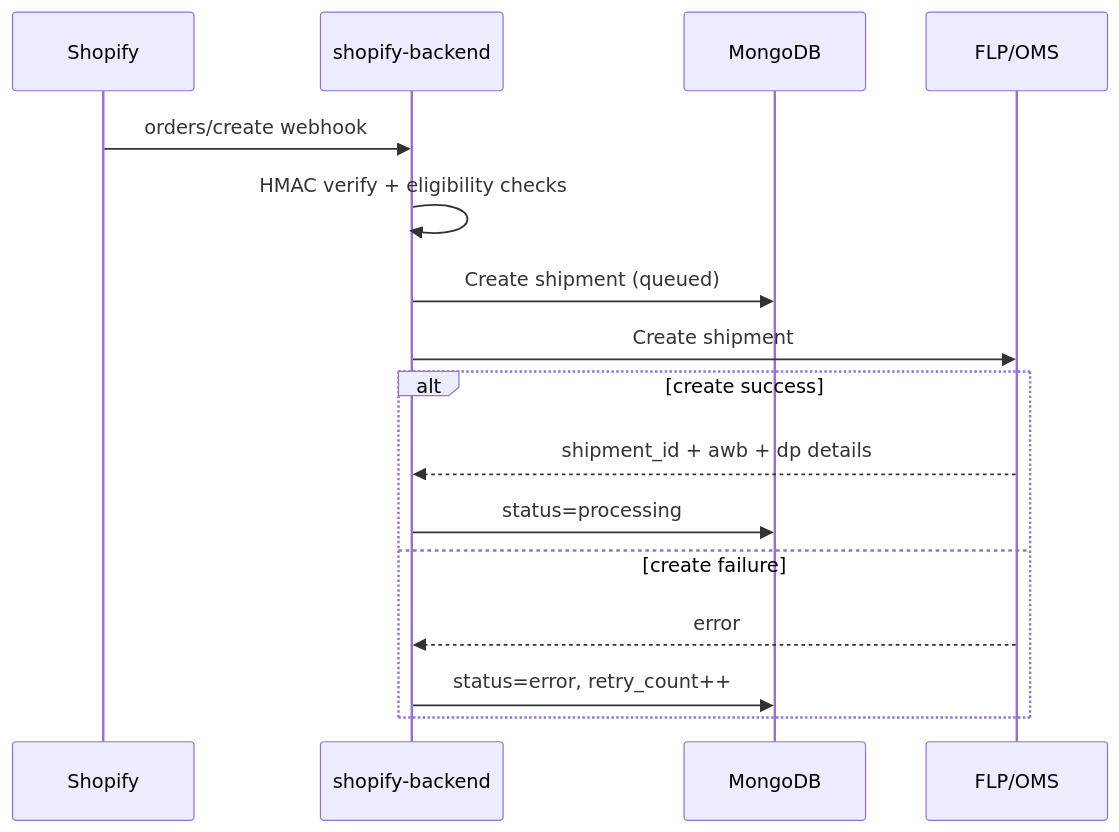
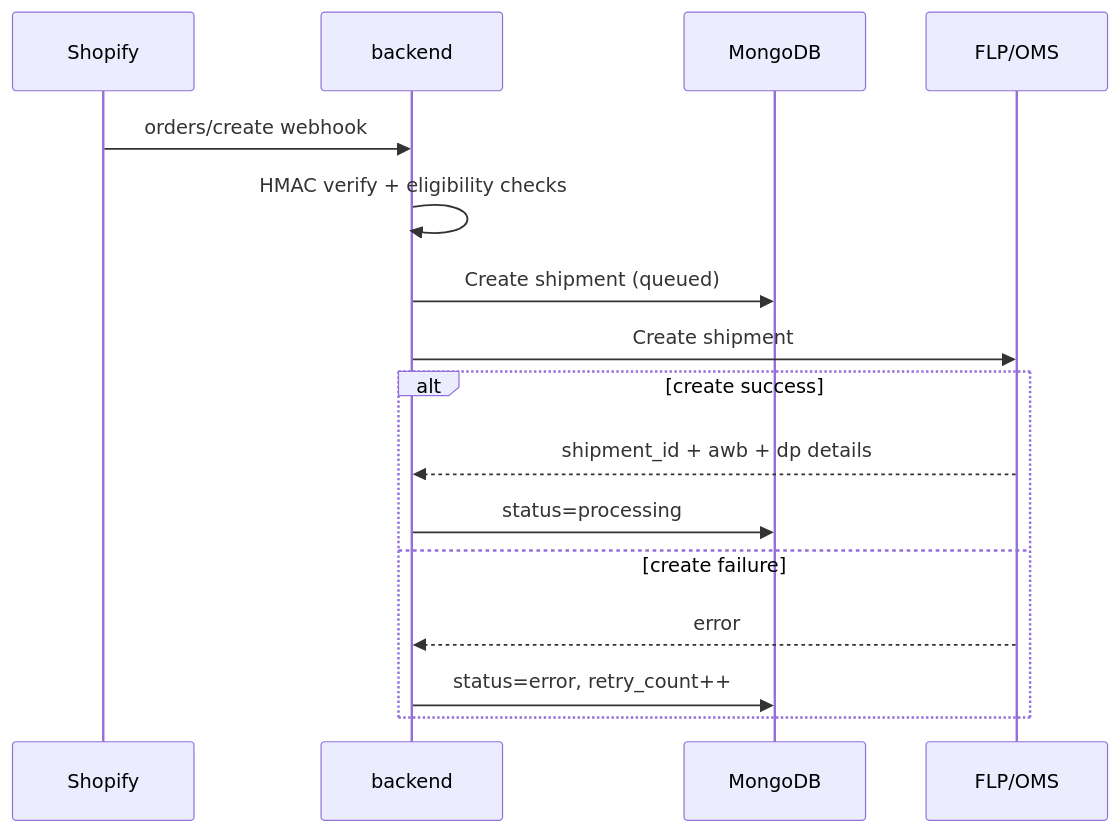
One commit to princesaliya4922/fynd-logistics-docs changed the first of 4 diagrams in docs/04-how-to/fulfill-an-order.md. Above: the diagram before and after it, drawn with Mermaid. The commit also changed other lines of this file and 6 other files, not shown here.

Commit message:
Update documentation in Fynd Shopify ecosystem: standardize references to 'backend' across various diagrams and sequences, replacing 'shopify-backend' for consistency and clarity in architecture and flow descriptions.

````diff
--- a/docs/04-how-to/fulfill-an-order.md
+++ b/docs/04-how-to/fulfill-an-order.md
@@ -32,19 +32,19 @@
 ```mermaid
 sequenceDiagram
     participant Shopify as Shopify
-    participant Backend as shopify-backend
+    participant Backend as backend
     participant Mongo as MongoDB
     participant FLP as FLP/OMS
 
     Shopify->>Backend: orders/create webhook
     Backend->>Backend: HMAC verify + eligibility checks
     Backend->>Mongo: Create shipment (queued)
     Backend->>FLP: Create shipment
     alt create success
         FLP-->>Backend: shipment_id + awb + dp details
         Backend->>Mongo: status=processing
     else create failure
         FLP-->>Backend: error
         Backend->>Mongo: status=error, retry_count++
     end
 ```
````
